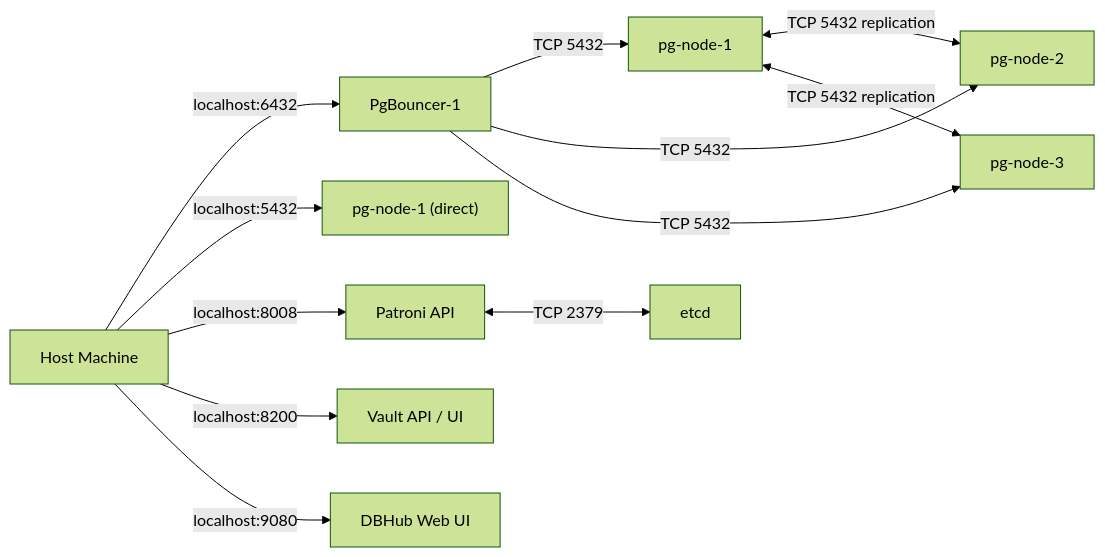
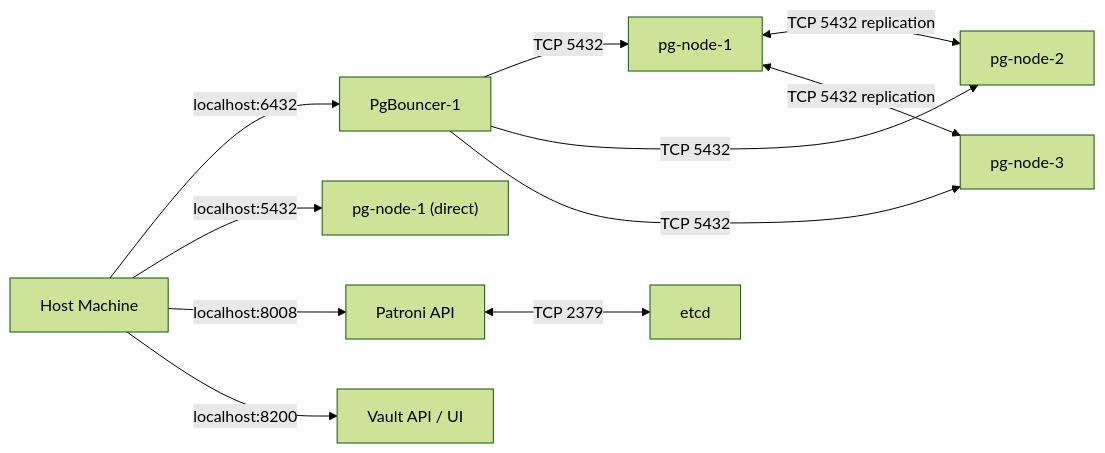
Before and after one commit to venkatajangala/terraform-docker-container-postgres: diagram 14 of 18 in docs/architecture/ARCHITECTURE.md, drawn with Mermaid (forest theme). The commit also changed other lines of this file and 18 other files, not shown here.

````diff
--- a/docs/architecture/ARCHITECTURE.md
+++ b/docs/architecture/ARCHITECTURE.md
@@ -583,21 +579,19 @@
 ```mermaid
 graph LR
     HOST["Host Machine"]
     PGB1["PgBouncer-1"]
     PG1D["pg-node-1 (direct)"]
     PAT["Patroni API"]
-    DBH["DBHub Web UI"]
     PG1["pg-node-1"]
     PG2["pg-node-2"]
     PG3["pg-node-3"]
     ETCD["etcd"]
 
     HOST -->|"localhost:6432"| PGB1
     HOST -->|"localhost:5432"| PG1D
     HOST -->|"localhost:8008"| PAT
     HOST -->|"localhost:8200"| VLT["Vault API / UI"]
-    HOST -->|"localhost:9080"| DBH
     PGB1 -->|"TCP 5432"| PG1 & PG2 & PG3
     PAT <-->|"TCP 2379"| ETCD
     PG1 <-->|"TCP 5432 replication"| PG2 & PG3
 ```
````
